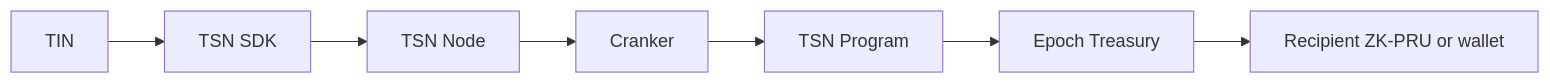
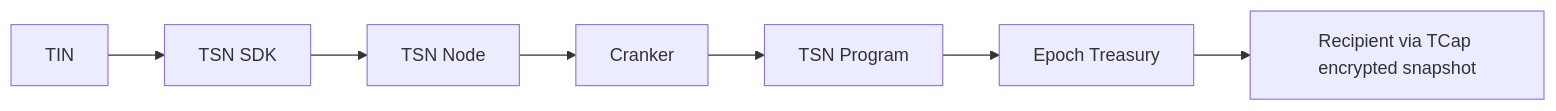
One commit to Trustlink-Labs/TSN-Protocol changed the diagram in README.md. Above: the diagram before and after it, drawn with Mermaid. The commit also changed other lines of this file and 35 other files, not shown here.

````diff
--- a/README.md
+++ b/README.md
@@ -11,9 +12,9 @@
 ```mermaid
 flowchart LR
     T[TIN] --> S[TSN SDK]
     S --> N[TSN Node]
     N --> C[Cranker]
     C --> P[TSN Program]
     P --> E[Epoch Treasury]
-    E --> R[Recipient ZK-PRU or wallet]
+    E --> R[Recipient via TCap encrypted snapshot]
 ```
````
